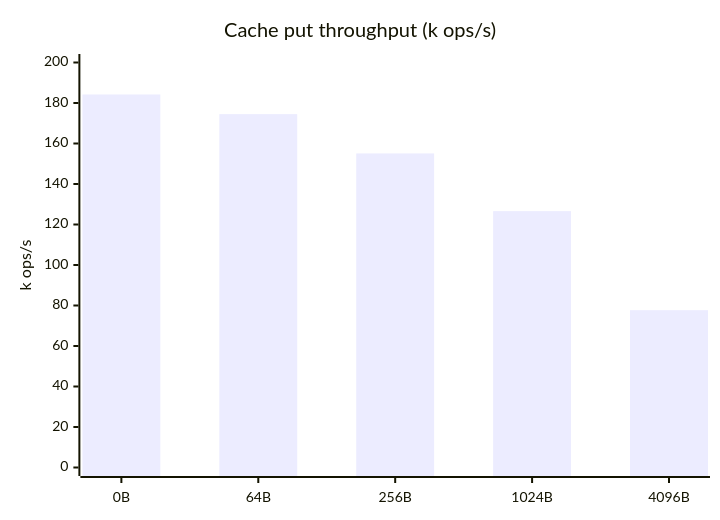
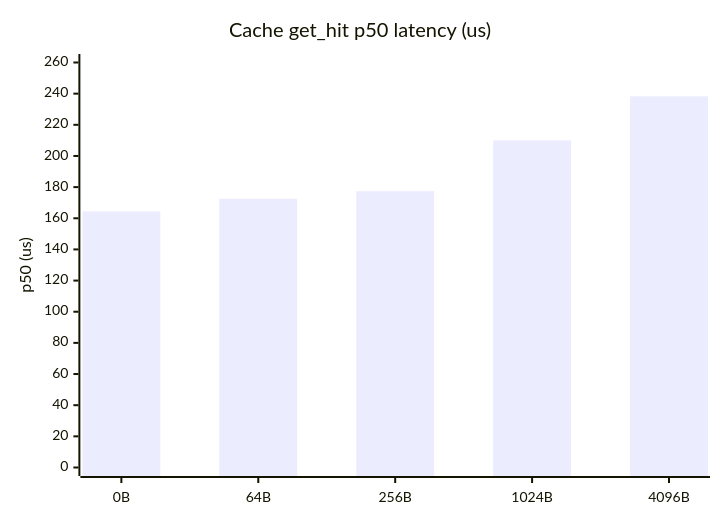
Diagram 18 of 22 in services/broker/README.md (gabloe/felix), drawn with Mermaid before and after one commit. The commit also changed other lines of this file and 2 other files, not shown here.

````diff
--- a/services/broker/README.md
+++ b/services/broker/README.md
@@ -166,7 +229,7 @@
 ```mermaid
 xychart-beta
-    title "Cache put throughput (k ops/s)"
+    title "Cache get_hit p50 latency (us)"
     x-axis ["0B","64B","256B","1024B","4096B"]
-    y-axis "k ops/s" 0 --> 200
-    bar "put" [184.2,174.5,155.1,126.6,77.7]
+    y-axis "p50 (us)" 0 --> 260
+    bar [164.38,172.54,177.38,210.00,238.29]
 ```
````
